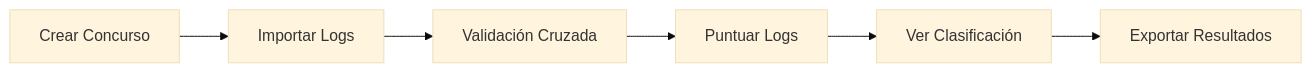
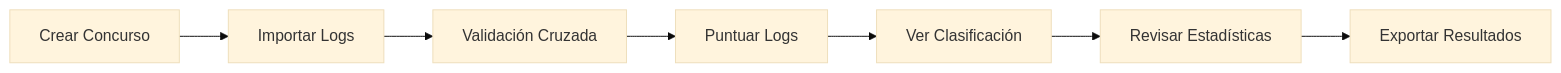
One commit to ddimunzio/SA10 changed the diagram in docs/es/index.md. Above: the diagram before and after it, drawn with Mermaid (base theme). The commit also changed other lines of this file and 57 other files, not shown here.

````diff
--- a/docs/es/index.md
+++ b/docs/es/index.md
@@ -64,8 +65,9 @@
 ```mermaid
 graph LR
     A[Crear Concurso] --> B[Importar Logs]
     B --> C[Validación Cruzada]
     C --> D[Puntuar Logs]
     D --> E[Ver Clasificación]
-    E --> F[Exportar Resultados]
+    E --> F[Revisar Estadísticas]
+    F --> G[Exportar Resultados]
 ```
````
